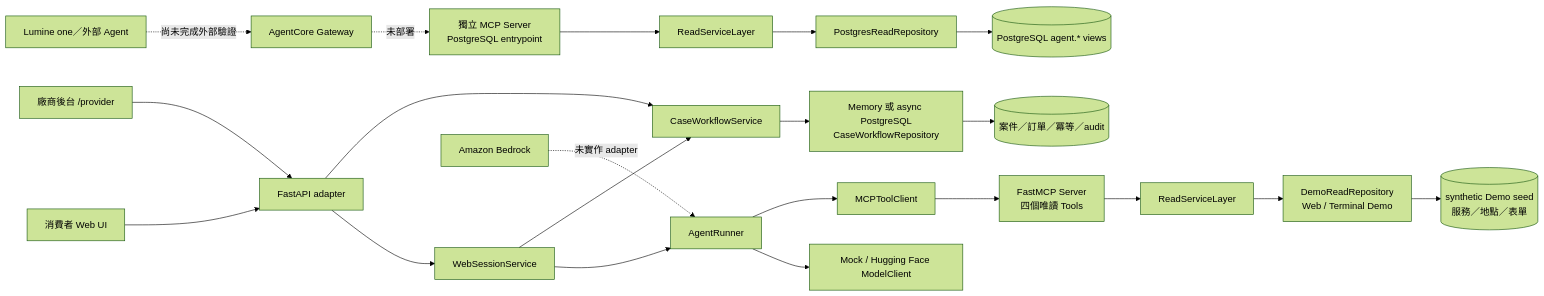
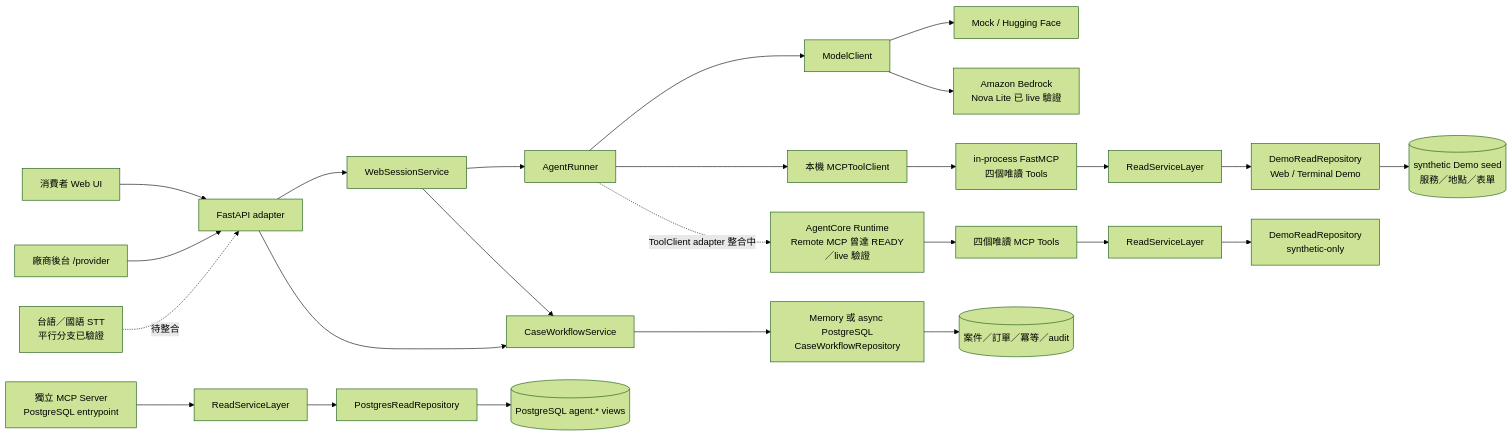
Before and after one commit to spicyhoney/nw_p: the first of 4 diagrams in docs/project-guide.md, drawn with Mermaid (forest theme). The commit also changed other lines of this file and 3 other files, not shown here.

Commit message:
docs: refresh demo narrative and AWS architecture

````diff
--- a/docs/project-guide.md
+++ b/docs/project-guide.md
@@ -49,27 +70,32 @@
 ```mermaid
 flowchart LR
     Consumer["消費者 Web UI"] --> API["FastAPI adapter"]
     Provider["廠商後台 /provider"] --> API
 
     API --> Session["WebSessionService"]
     Session --> Agent["AgentRunner"]
-    Agent --> Model["Mock / Hugging Face ModelClient"]
-    Agent --> Client["MCPToolClient"]
-    Client --> MCP["FastMCP Server<br/>四個唯讀 Tools"]
-    MCP --> ReadService["ReadServiceLayer"]
+    Agent --> Model["ModelClient"]
+    Model --> MockHF["Mock / Hugging Face"]
+    Model --> Bedrock["Amazon Bedrock<br/>Nova Lite 已 live 驗證"]
+    Agent --> LocalClient["本機 MCPToolClient"]
+    LocalClient --> LocalMCP["in-process FastMCP<br/>四個唯讀 Tools"]
+    LocalMCP --> ReadService["ReadServiceLayer"]
     ReadService --> DemoRepo["DemoReadRepository<br/>Web / Terminal Demo"]
     DemoRepo --> DemoCatalog[("synthetic Demo seed<br/>服務／地點／表單")]
 
     Standalone["獨立 MCP Server<br/>PostgreSQL entrypoint"] --> PgService["ReadServiceLayer"]
     PgService --> PgRepo["PostgresReadRepository"]
     PgRepo --> PgCatalog[("PostgreSQL agent.* views")]
 
     Session --> CaseService["CaseWorkflowService"]
     API --> CaseService
     CaseService --> CaseRepo["Memory 或 async PostgreSQL<br/>CaseWorkflowRepository"]
     CaseRepo --> Workflow[("案件／訂單／冪等／audit")]
 
-    External["Lumine one／外部 Agent"] -. "尚未完成外部驗證" .-> Gateway["AgentCore Gateway"]
-    Gateway -. "未部署" .-> Standalone
-    Bedrock["Amazon Bedrock"] -. "未實作 adapter" .-> Agent
+    Agent -. "ToolClient adapter 整合中" .-> Remote["AgentCore Runtime<br/>Remote MCP 曾達 READY／live 驗證"]
+    Remote --> RemoteMCP["四個唯讀 MCP Tools"]
+    RemoteMCP --> RemoteService["ReadServiceLayer"]
+    RemoteService --> RemoteRepo["DemoReadRepository<br/>synthetic-only"]
+
+    Voice["台語／國語 STT<br/>平行分支已驗證"] -. "待整合" .-> API
 ```
````
